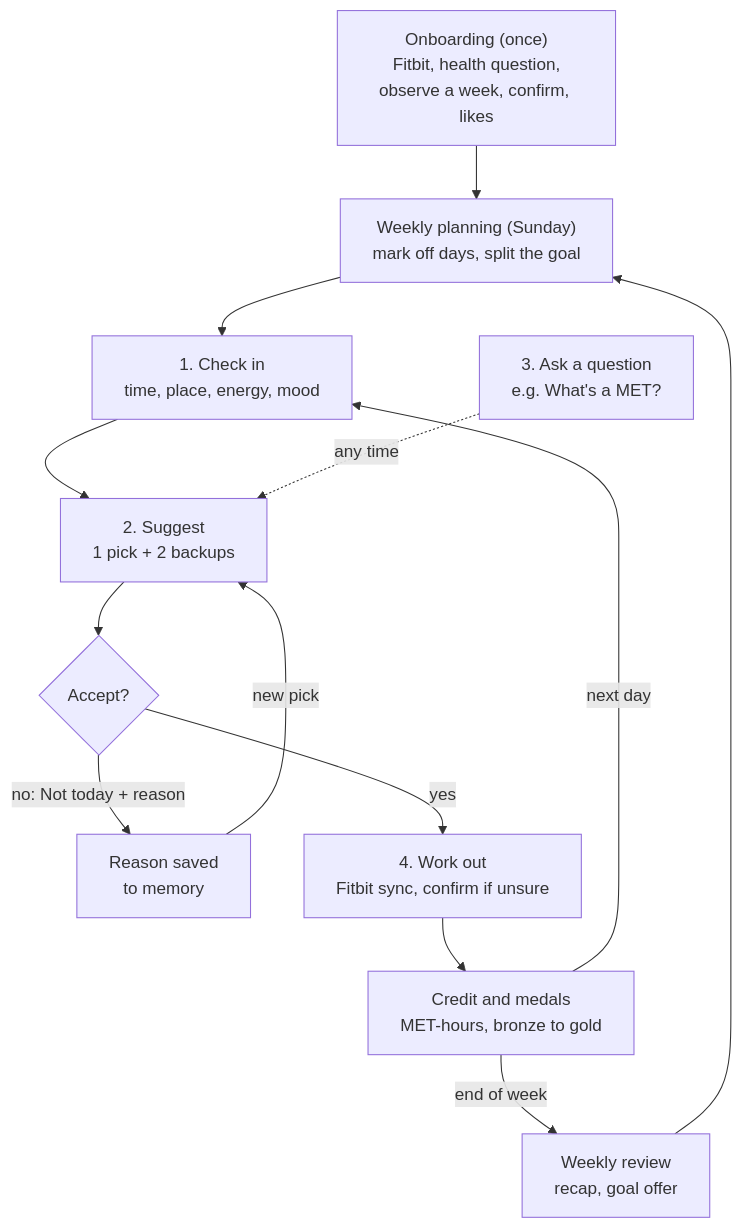
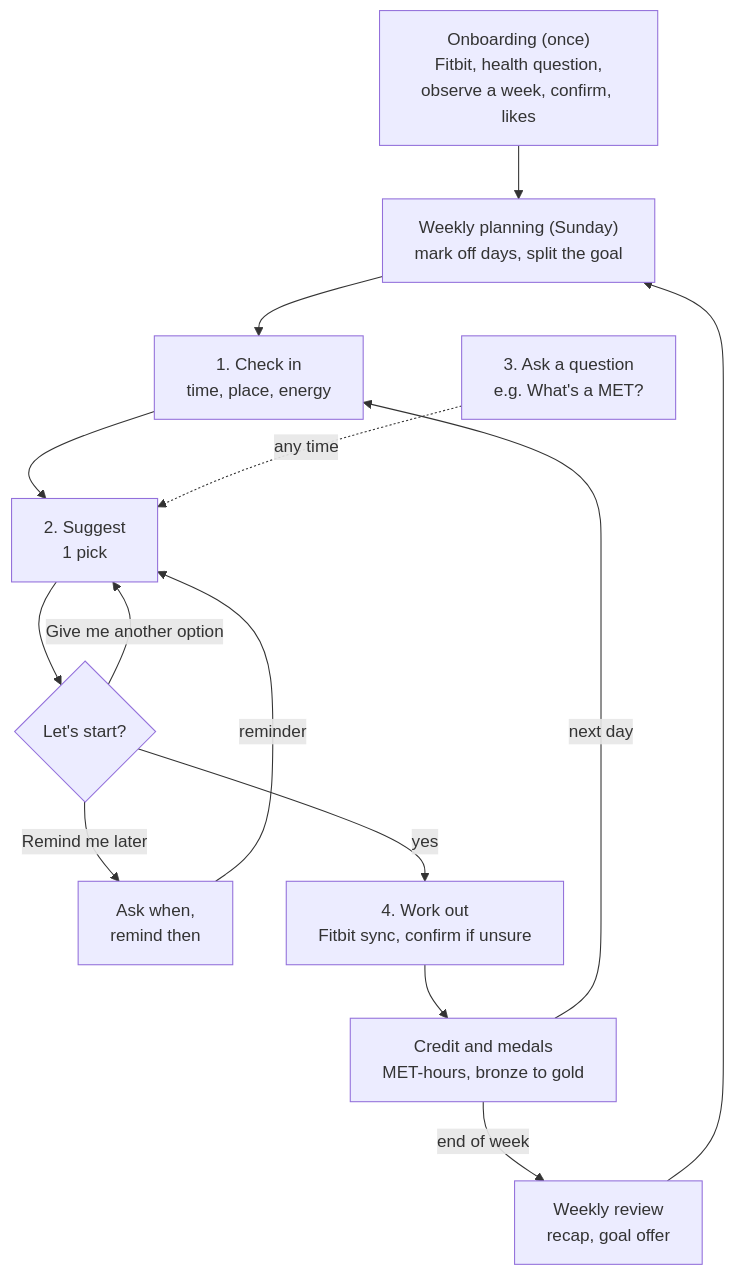
Before and after one commit to JarvisTseCA/personal-health-agent: the diagram in README.md, drawn with Mermaid. The commit also changed other lines of this file and 11 other files, not shown here.

First line of the commit message:
Today: one pick with three buttons; two energy options

````diff
--- a/README.md
+++ b/README.md
@@ -154,15 +156,16 @@
 ```mermaid
 flowchart TD
     A["Onboarding (once)<br/>Fitbit, health question,<br/>observe a week, confirm, likes"] --> B["Weekly planning (Sunday)<br/>mark off days, split the goal"]
-    B --> C["1. Check in<br/>time, place, energy, mood"]
-    C --> D["2. Suggest<br/>1 pick + 2 backups"]
-    D --> E{Accept?}
-    E -- "no: Not today + reason" --> F["Reason saved<br/>to memory"]
-    F -- "new pick" --> D
+    B --> C["1. Check in<br/>time, place, energy"]
+    C --> D["2. Suggest<br/>1 pick"]
+    D --> E{Let's start?}
+    E -- "Give me another option" --> D
+    E -- "Remind me later" --> F["Ask when,<br/>remind then"]
+    F -- "reminder" --> D
     Q["3. Ask a question<br/>e.g. What's a MET?"] -. "any time" .-> D
     E -- yes --> G["4. Work out<br/>Fitbit sync, confirm if unsure"]
     G --> H["Credit and medals<br/>MET-hours, bronze to gold"]
     H -- "next day" --> C
     H -- "end of week" --> R["Weekly review<br/>recap, goal offer"]
     R --> B
 ```
````
